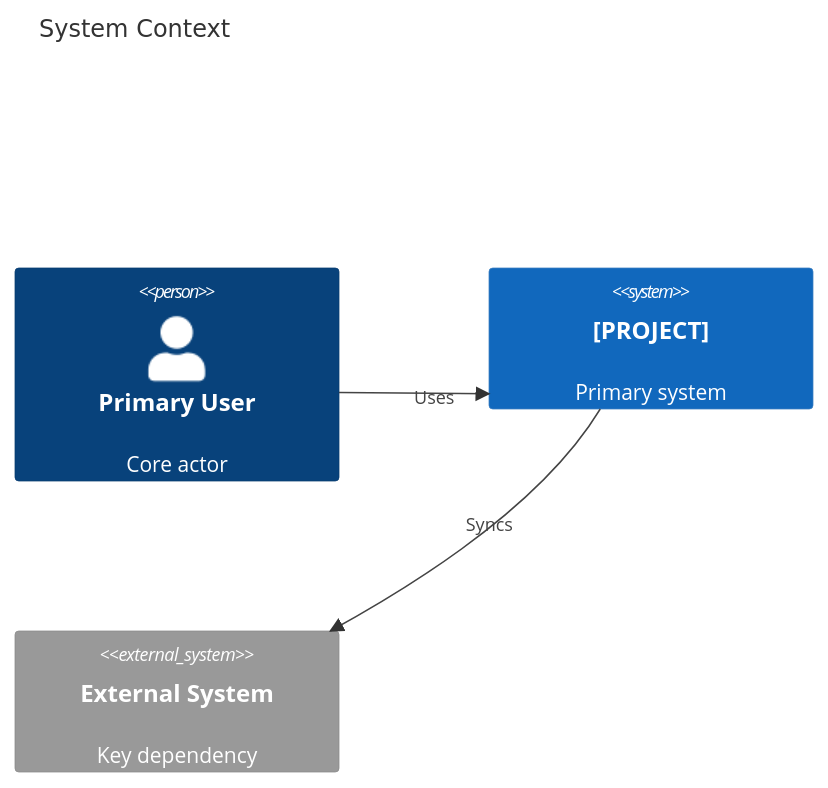
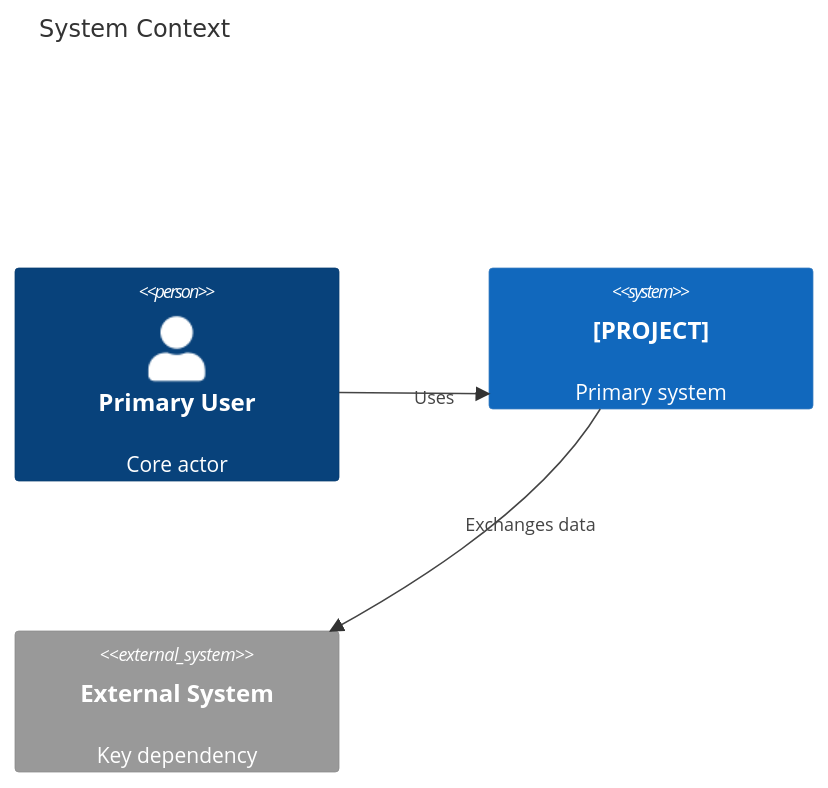
One commit to attilaszasz/sdd-pilot changed the first of 4 diagrams in .github/skills/system-design/assets/sad-template.md. Above: the diagram before and after it, drawn with Mermaid. The commit also changed other lines of this file and 19 other files, not shown here.

````diff
--- a/.github/skills/system-design/assets/sad-template.md
+++ b/.github/skills/system-design/assets/sad-template.md
@@ -27,9 +38,9 @@
 ```mermaid
 C4Context
     title System Context
     Person(user, "Primary User", "Core actor")
     System(system, "[PROJECT]", "Primary system")
     System_Ext(ext1, "External System", "Key dependency")
     Rel(user, system, "Uses")
-    Rel(system, ext1, "Syncs")
+    Rel(system, ext1, "Exchanges data")
 ```
````
